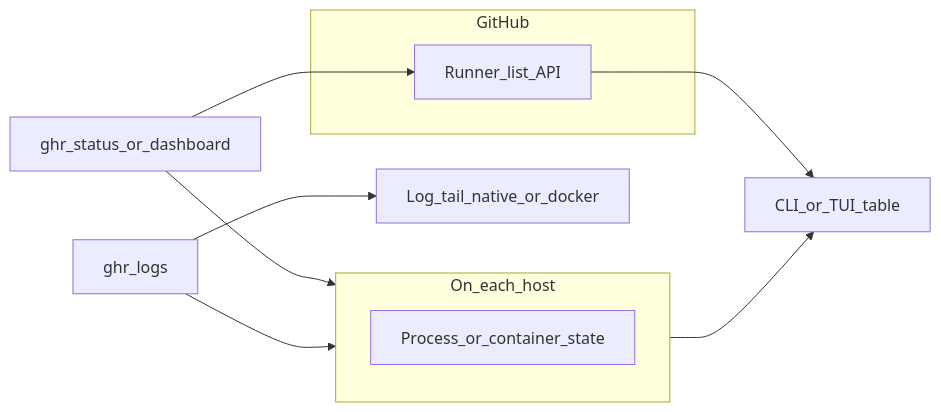
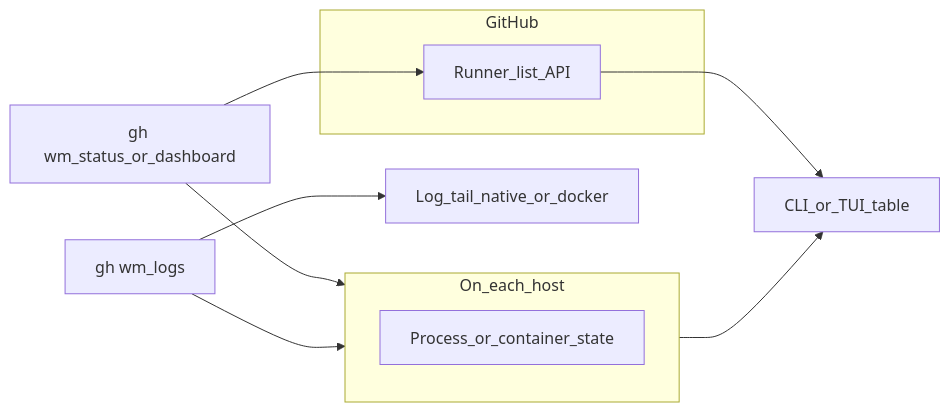
Before and after one commit to baizhiheizi/gh-sr: the fifth of 5 diagrams in docs/content/architecture.md, drawn with Mermaid. The commit also changed other lines of this file and 54 other files, not shown here.

````diff
--- a/docs/content/architecture.md
+++ b/docs/content/architecture.md
@@ -123,15 +123,15 @@
 ```mermaid
 flowchart LR
   subgraph localCheck [On_each_host]
     L[Process_or_container_state]
   end
   subgraph remoteApi [GitHub]
     A[Runner_list_API]
   end
-  statusCmd[ghr_status_or_dashboard] --> localCheck
+  statusCmd[gh wm_status_or_dashboard] --> localCheck
   statusCmd --> A
   localCheck --> table[CLI_or_TUI_table]
   A --> table
-  logsCmd[ghr_logs] --> localCheck
+  logsCmd[gh wm_logs] --> localCheck
   logsCmd --> tail[Log_tail_native_or_docker]
 ```
````
